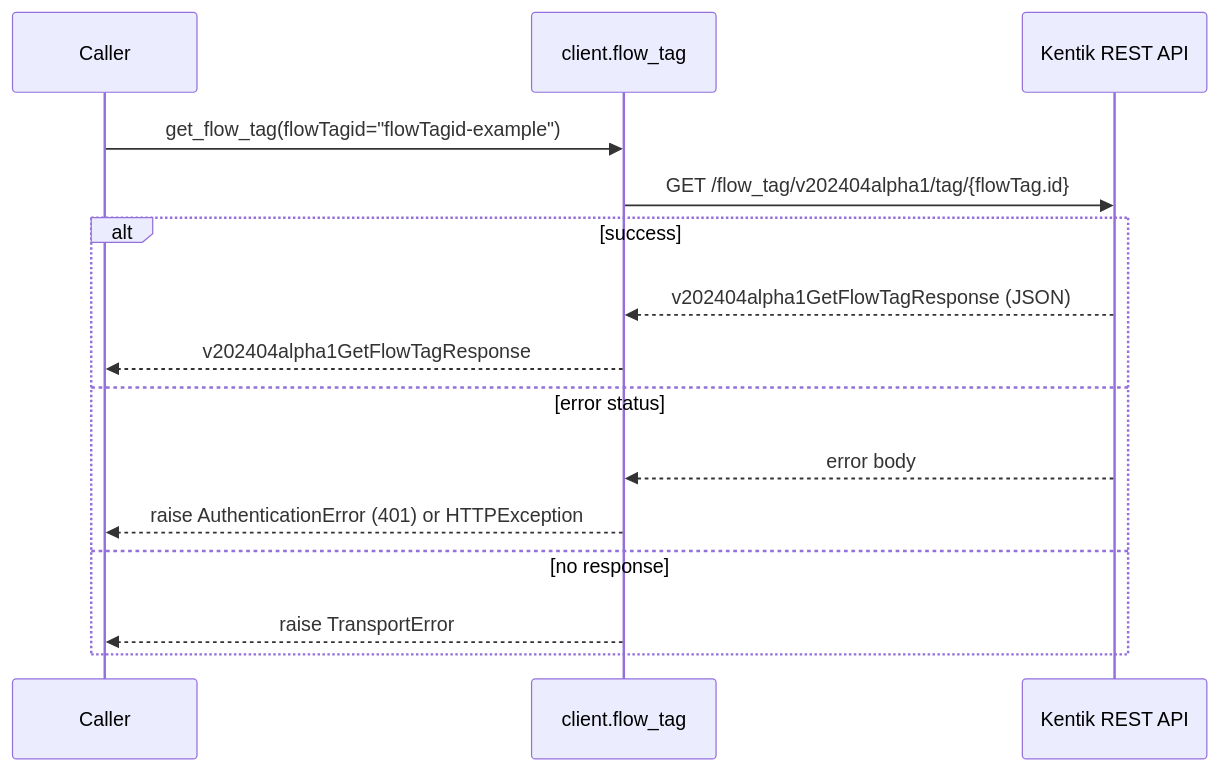
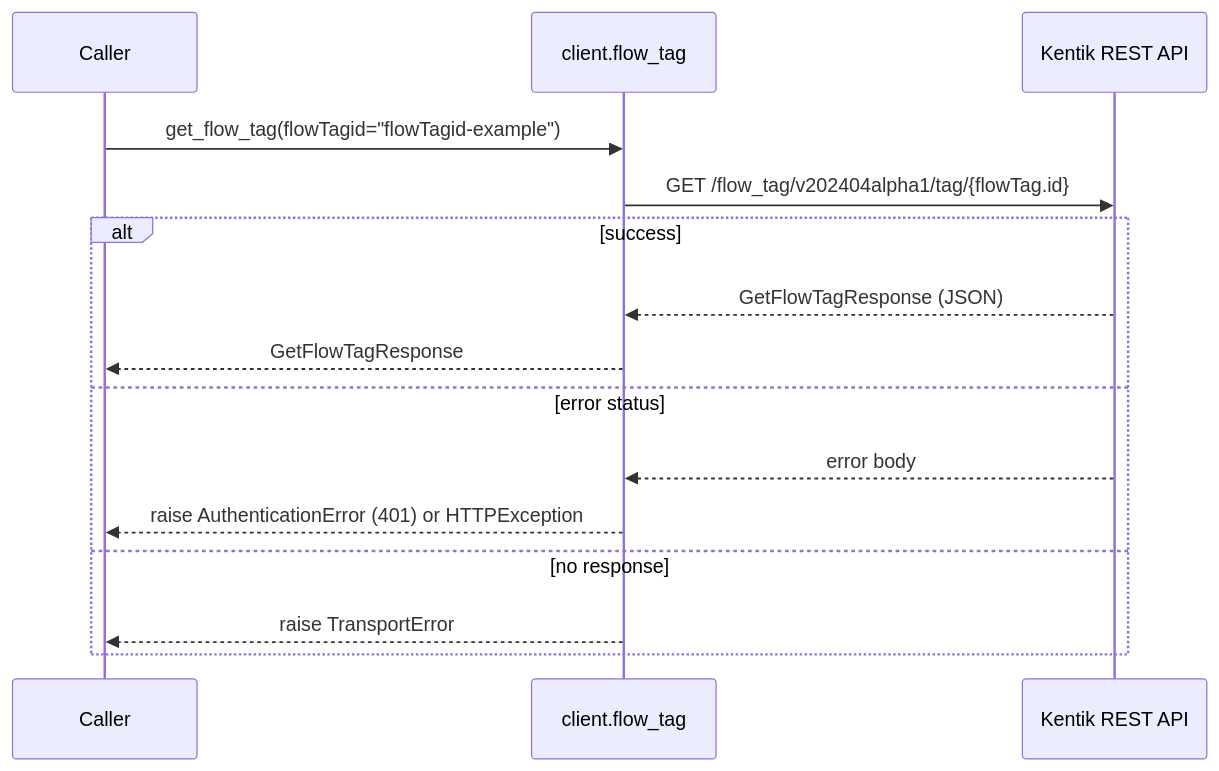
The sixth of 12 diagrams in docs/sphinx/services/flow_tag.md (alexdearaujo/community_sdk_python), drawn with Mermaid before and after one commit. The commit also changed other lines of this file and 38 other files, not shown here.

````diff
--- a/docs/sphinx/services/flow_tag.md
+++ b/docs/sphinx/services/flow_tag.md
@@ -192,18 +192,18 @@
 ```mermaid
 sequenceDiagram
     participant C as Caller
     participant W as client.flow_tag
     participant API as Kentik REST API
 
     C->>W: get_flow_tag(flowTagid="flowTagid-example")
     W->>API: GET /flow_tag/v202404alpha1/tag/{flowTag.id}
     alt success
-        API-->>W: v202404alpha1GetFlowTagResponse (JSON)
-        W-->>C: v202404alpha1GetFlowTagResponse
+        API-->>W: GetFlowTagResponse (JSON)
+        W-->>C: GetFlowTagResponse
     else error status
         API-->>W: error body
         W-->>C: raise AuthenticationError (401) or HTTPException
     else no response
         W-->>C: raise TransportError
     end
 ```
````
